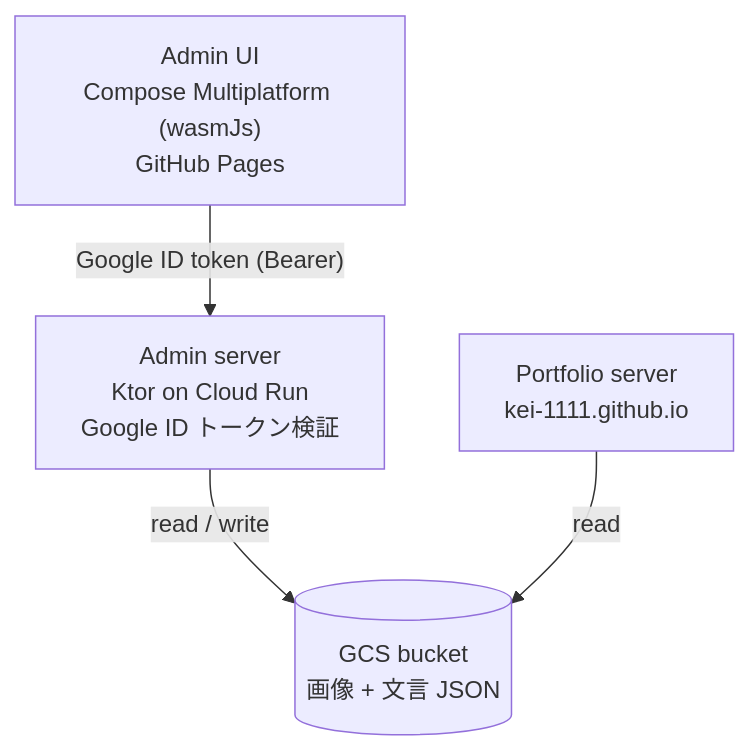
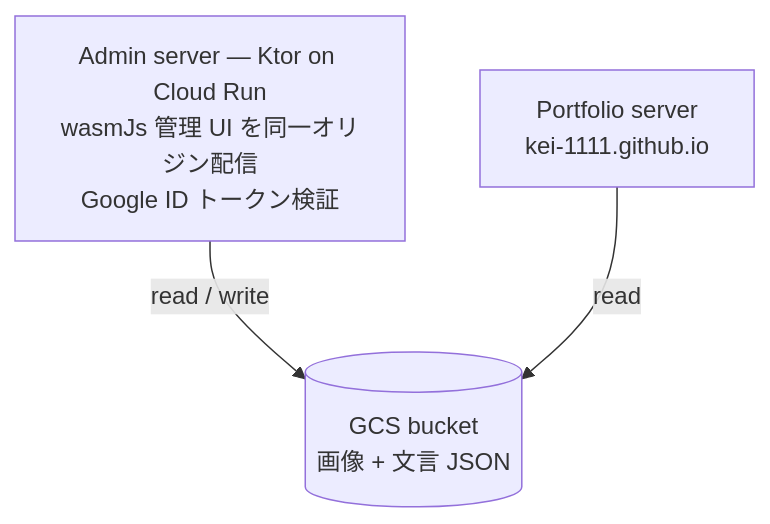
The diagram in docs/ArchitectureOverview.md (kei-1111/kei-1111-admin), drawn with Mermaid before and after one commit. The commit also changed other lines of this file and 7 other files, not shown here.

First line of the commit message:
refactor: serve the admin UI from the admin server instead of GitHub Pages

````diff
--- a/docs/ArchitectureOverview.md
+++ b/docs/ArchitectureOverview.md
@@ -7,11 +7,9 @@
 ```mermaid
 flowchart TB
-    ui["Admin UI<br>Compose Multiplatform (wasmJs)<br>GitHub Pages"]
-    admin["Admin server<br>Ktor on Cloud Run<br>Google ID トークン検証"]
+    admin["Admin server — Ktor on Cloud Run<br>wasmJs 管理 UI を同一オリジン配信<br>Google ID トークン検証"]
     gcs[("GCS bucket<br>画像 + 文言 JSON")]
     portfolio["Portfolio server<br>kei-1111.github.io"]
 
-    ui -- "Google ID token (Bearer)" --> admin
     admin -- "read / write" --> gcs
     portfolio -- "read" --> gcs
 ```
````
